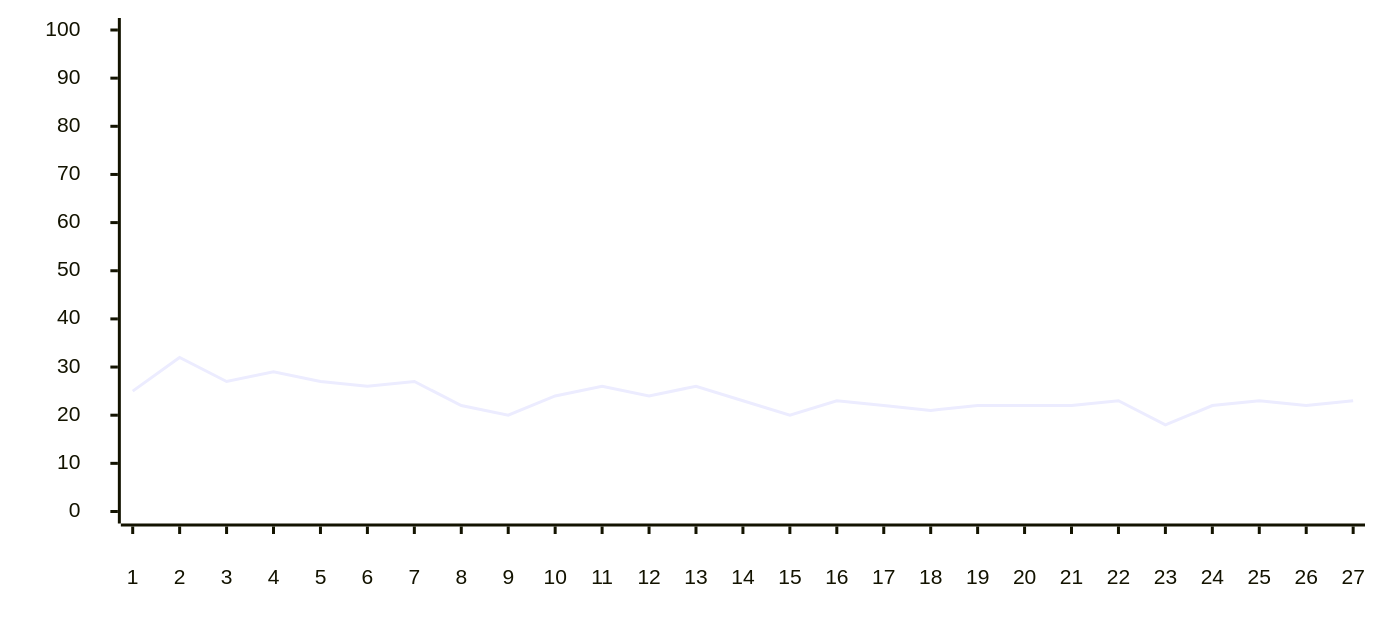
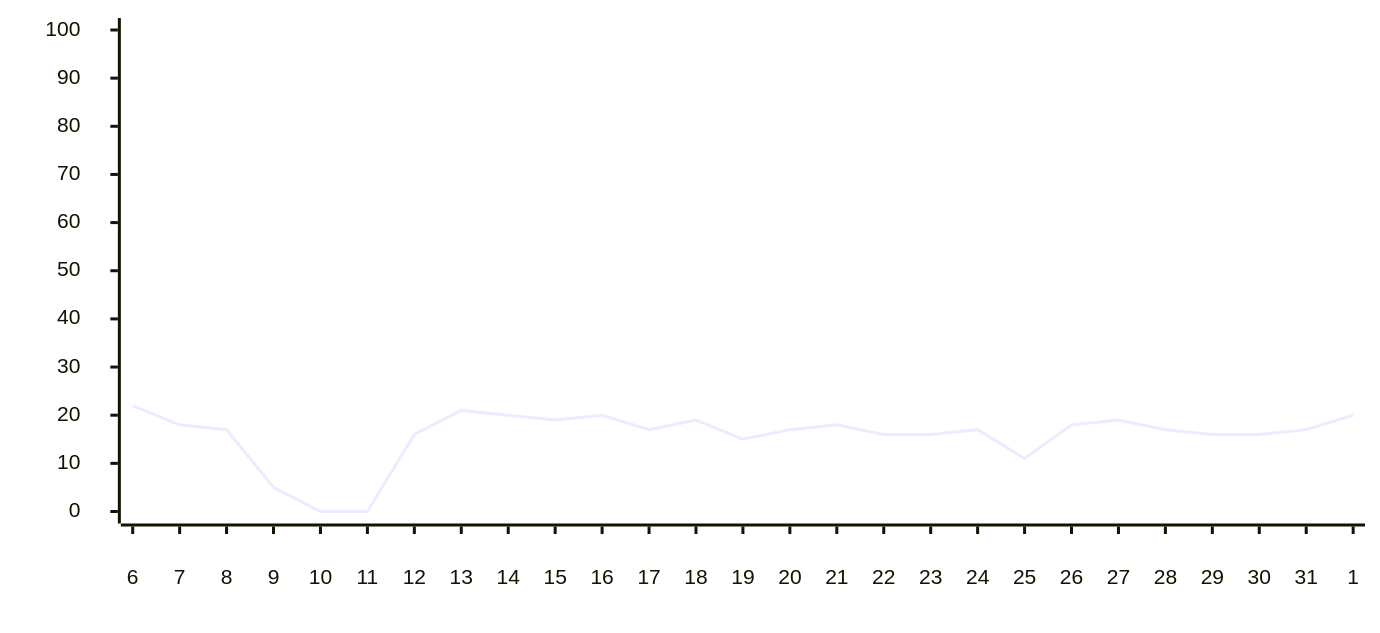
Before and after one commit to austenstone/copilot-usage: the fifth of 11 diagrams in __tests__/mock/sample-output.md, drawn with Mermaid. The commit also changed other lines of this file and 6 other files, not shown here.

````diff
--- a/__tests__/mock/sample-output.md
+++ b/__tests__/mock/sample-output.md
@@ -105,20 +105,20 @@
 ```mermaid
 ---
 config:
     xyChart:
         width: 900
         height: 400
         xAxis:
             labelPadding: 20
         yAxis:
             labelPadding: 20
     themeVariables:
         xyChart:
             backgroundColor: "transparent"
 ---
 xychart-beta
 
-  x-axis  [1, 2, 3, 4, 5, 6, 7, 8, 9, 10, 11, 12, 13, 14, 15, 16, 17, 18, 19, 20, 21, 22, 23, 24, 25, 26, 27]
+  x-axis  [6, 7, 8, 9, 10, 11, 12, 13, 14, 15, 16, 17, 18, 19, 20, 21, 22, 23, 24, 25, 26, 27, 28, 29, 30, 31, 1]
   y-axis  0 --> 100
-line  [25, 32, 27, 29, 27, 26, 27, 22, 20, 24, 26, 24, 26, 23, 20, 23, 22, 21, 22, 22, 22, 23, 18, 22, 23, 22, 23]
+line  [22, 18, 17, 5, 0, 0, 16, 21, 20, 19, 20, 17, 19, 15, 17, 18, 16, 16, 17, 11, 18, 19, 17, 16, 16, 17, 20]
 ```
````
